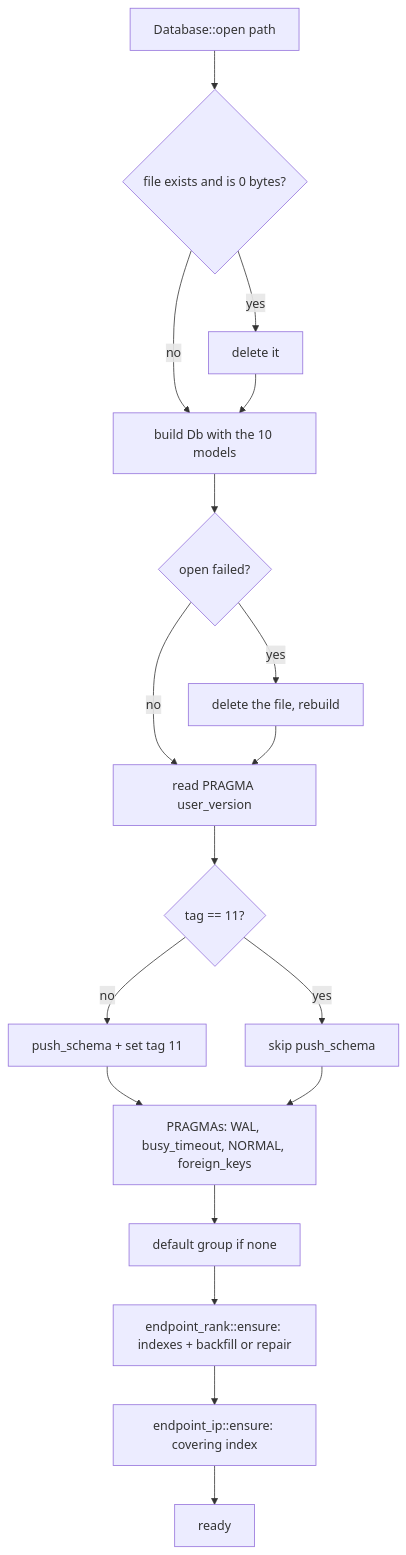
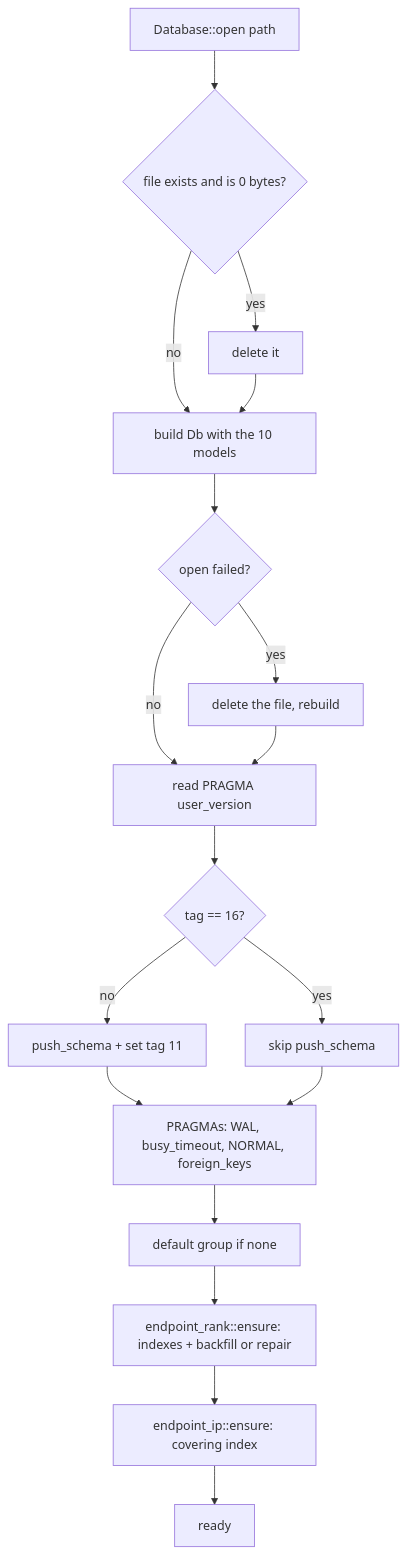
The second of 7 diagrams in docs/database.md (SaelKimberly/xray-tui), drawn with Mermaid before and after one commit. The commit also changed other lines of this file and 9 other files, not shown here.

````diff
--- a/docs/database.md
+++ b/docs/database.md
@@ -329,20 +323,20 @@
 ```mermaid
 flowchart TD
     A[Database::open path] --> B{file exists and is 0 bytes?}
     B -- yes --> C[delete it]
     B -- no --> D[build Db with the 10 models]
     C --> D
     D --> E{open failed?}
     E -- yes --> F[delete the file, rebuild]
     E -- no --> G[read PRAGMA user_version]
     F --> G
-    G --> H{tag == 11?}
+    G --> H{tag == 16?}
     H -- no --> I[push_schema + set tag 11]
     H -- yes --> J[skip push_schema]
     I --> K[PRAGMAs: WAL, busy_timeout, NORMAL, foreign_keys]
     J --> K
     K --> L[default group if none]
     L --> M["endpoint_rank::ensure: indexes + backfill or repair"]
     M --> N["endpoint_ip::ensure: covering index"]
     N --> O[ready]
 ```
````
